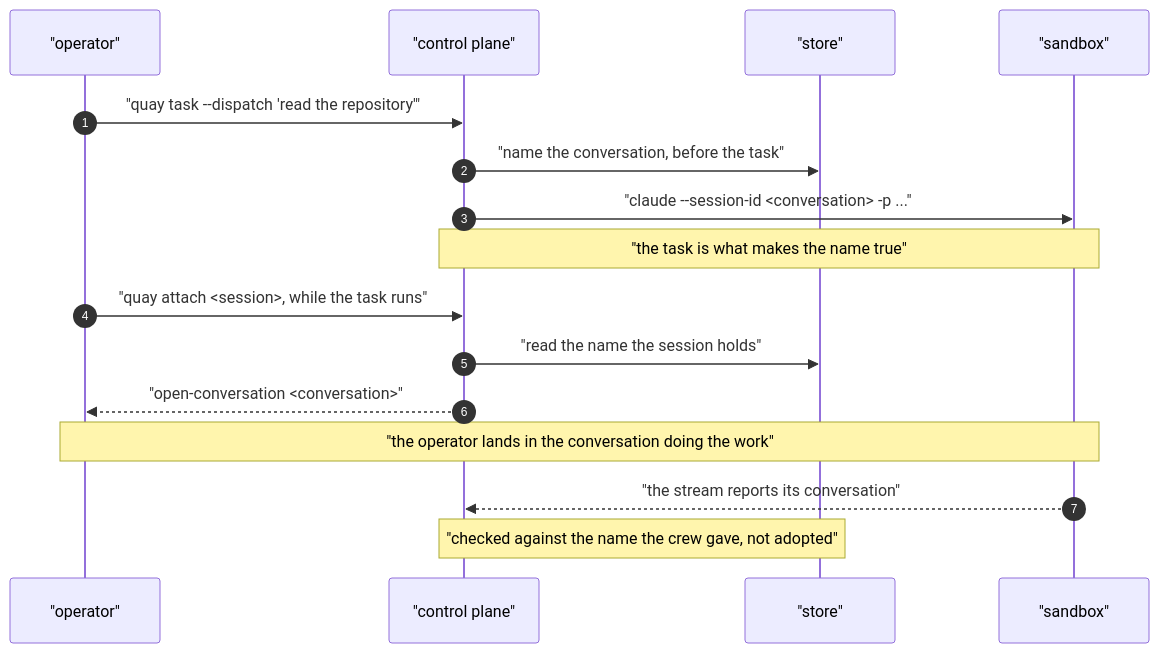
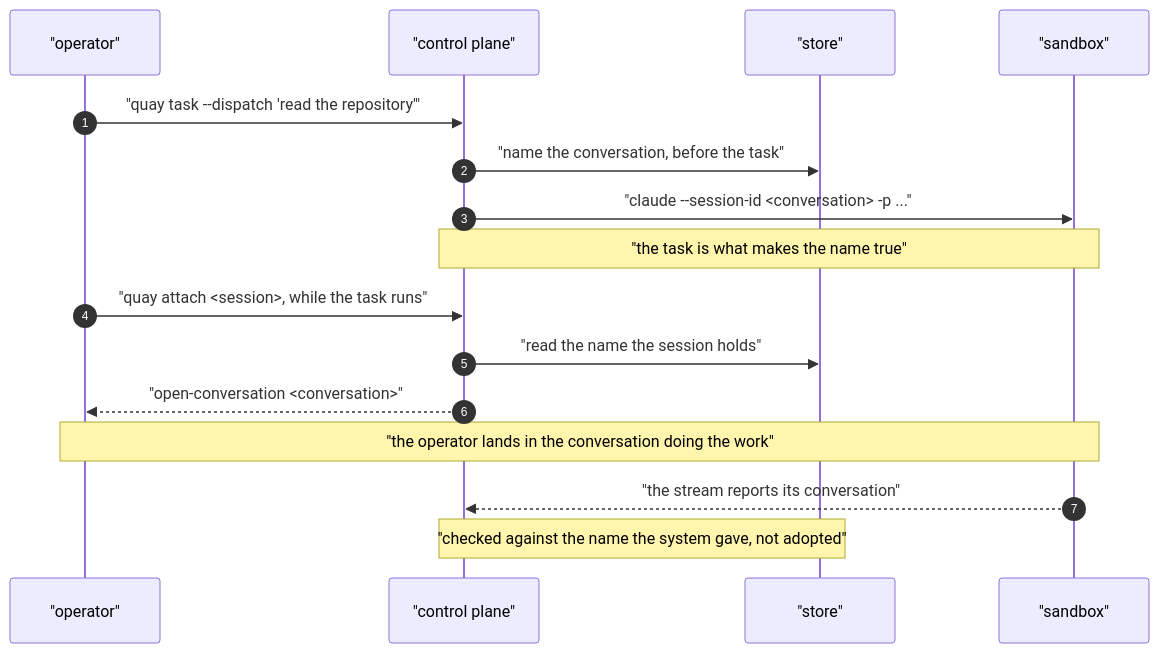
One commit to atlantic-blue/quay-crew changed the second of 3 diagrams in docs/SANDBOX.md. Above: the diagram before and after it, drawn with Mermaid. The commit also changed other lines of this file and 496 other files, not shown here.

````diff
--- a/docs/SANDBOX.md
+++ b/docs/SANDBOX.md
@@ -168,19 +168,19 @@
 ```mermaid
 sequenceDiagram
     autonumber
     participant YOU as "operator"
     participant CP as "control plane"
     participant DB as "store"
     participant SBX as "sandbox"
 
     YOU->>CP: "quay task --dispatch 'read the repository'"
     CP->>DB: "name the conversation, before the task"
     CP->>SBX: "claude --session-id <conversation> -p ..."
     Note over CP,SBX: "the task is what makes the name true"
     YOU->>CP: "quay attach <session>, while the task runs"
     CP->>DB: "read the name the session holds"
     CP-->>YOU: "open-conversation <conversation>"
     Note over YOU,SBX: "the operator lands in the conversation doing the work"
     SBX-->>CP: "the stream reports its conversation"
-    Note over CP,DB: "checked against the name the crew gave, not adopted"
+    Note over CP,DB: "checked against the name the system gave, not adopted"
 ```
````
